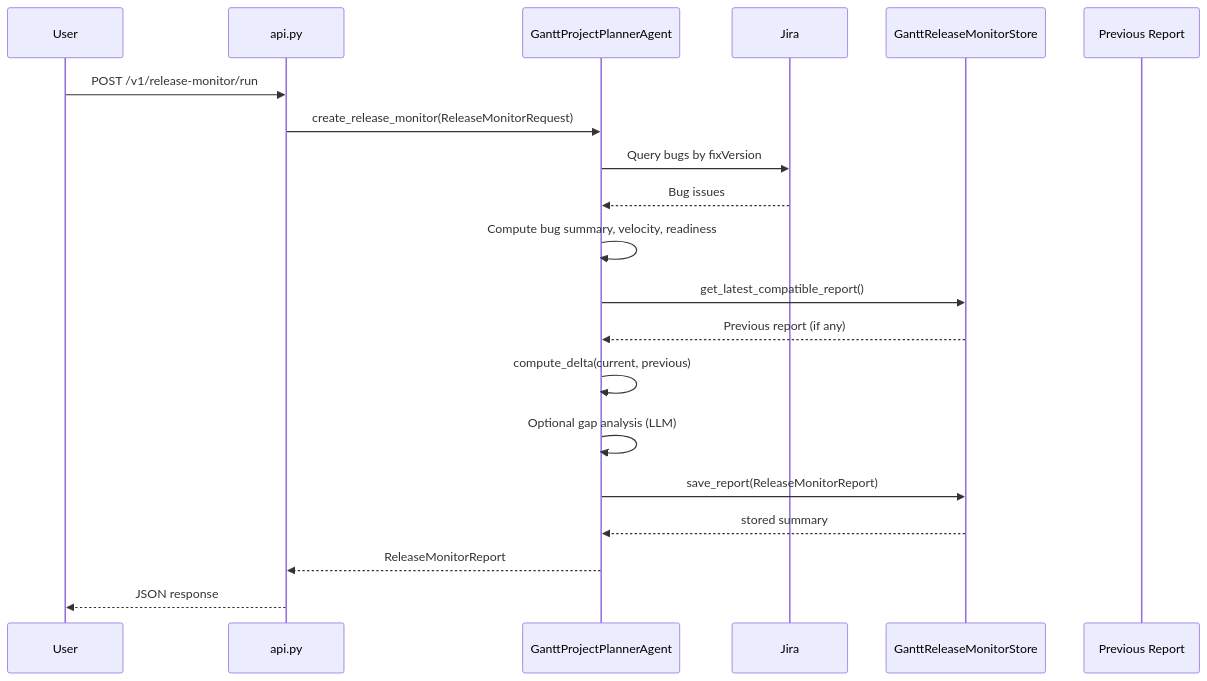
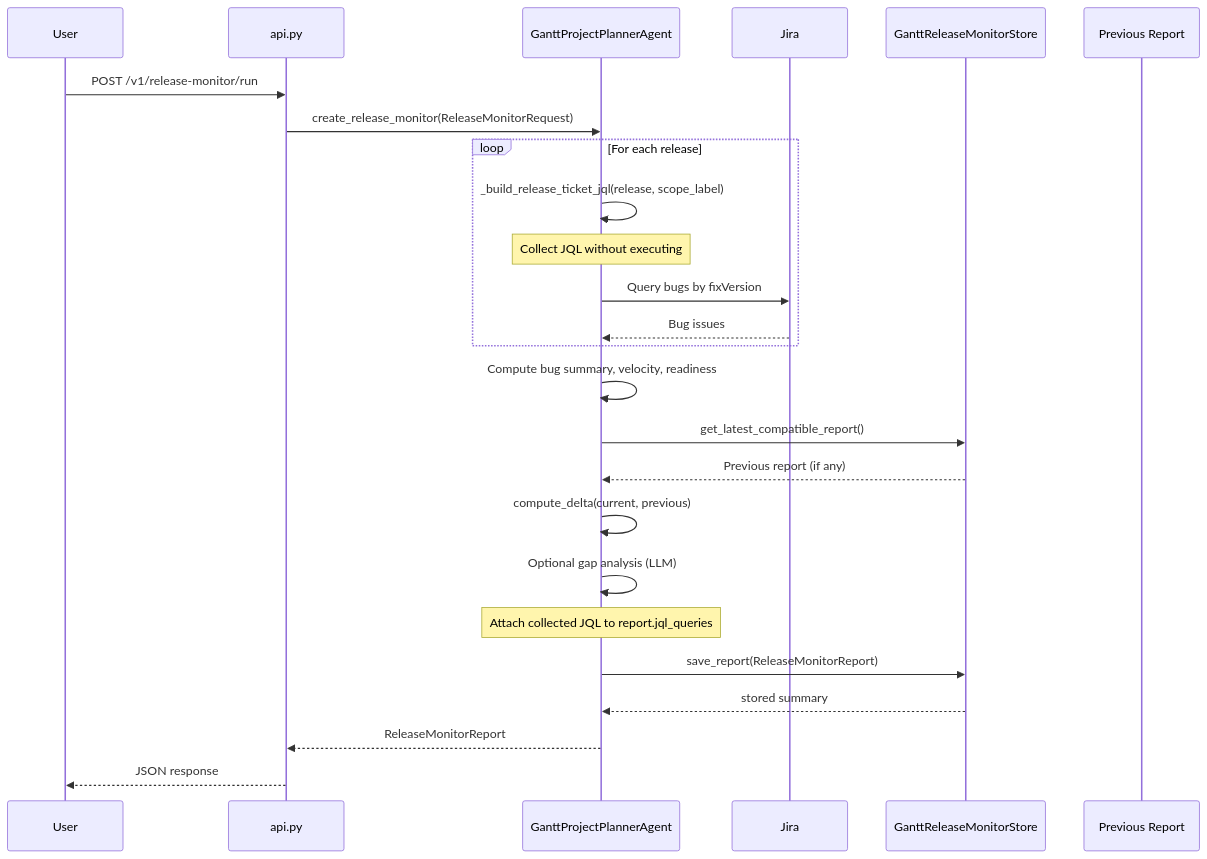
One commit to jmac-cornelis/agent-workforce changed the third of 4 diagrams in agents/gantt/docs/as-built.md. Above: the diagram before and after it, drawn with Mermaid. The commit also changed other lines of this file and 4 other files, not shown here.

````diff
--- a/agents/gantt/docs/as-built.md
+++ b/agents/gantt/docs/as-built.md
@@ -100,23 +135,28 @@
 ```mermaid
 sequenceDiagram
     participant User
     participant API as api.py
     participant Agent as GanttProjectPlannerAgent
     participant Jira
     participant RMStore as GanttReleaseMonitorStore
     participant PrevReport as Previous Report
 
     User->>API: POST /v1/release-monitor/run
     API->>Agent: create_release_monitor(ReleaseMonitorRequest)
-    Agent->>Jira: Query bugs by fixVersion
-    Jira-->>Agent: Bug issues
+    loop For each release
+        Agent->>Agent: _build_release_ticket_jql(release, scope_label)
+        Note over Agent: Collect JQL without executing
+        Agent->>Jira: Query bugs by fixVersion
+        Jira-->>Agent: Bug issues
+    end
     Agent->>Agent: Compute bug summary, velocity, readiness
     Agent->>RMStore: get_latest_compatible_report()
     RMStore-->>Agent: Previous report (if any)
     Agent->>Agent: compute_delta(current, previous)
     Agent->>Agent: Optional gap analysis (LLM)
+    Note over Agent: Attach collected JQL to report.jql_queries
     Agent->>RMStore: save_report(ReleaseMonitorReport)
     RMStore-->>Agent: stored summary
     Agent-->>API: ReleaseMonitorReport
     API-->>User: JSON response
 ```
````
